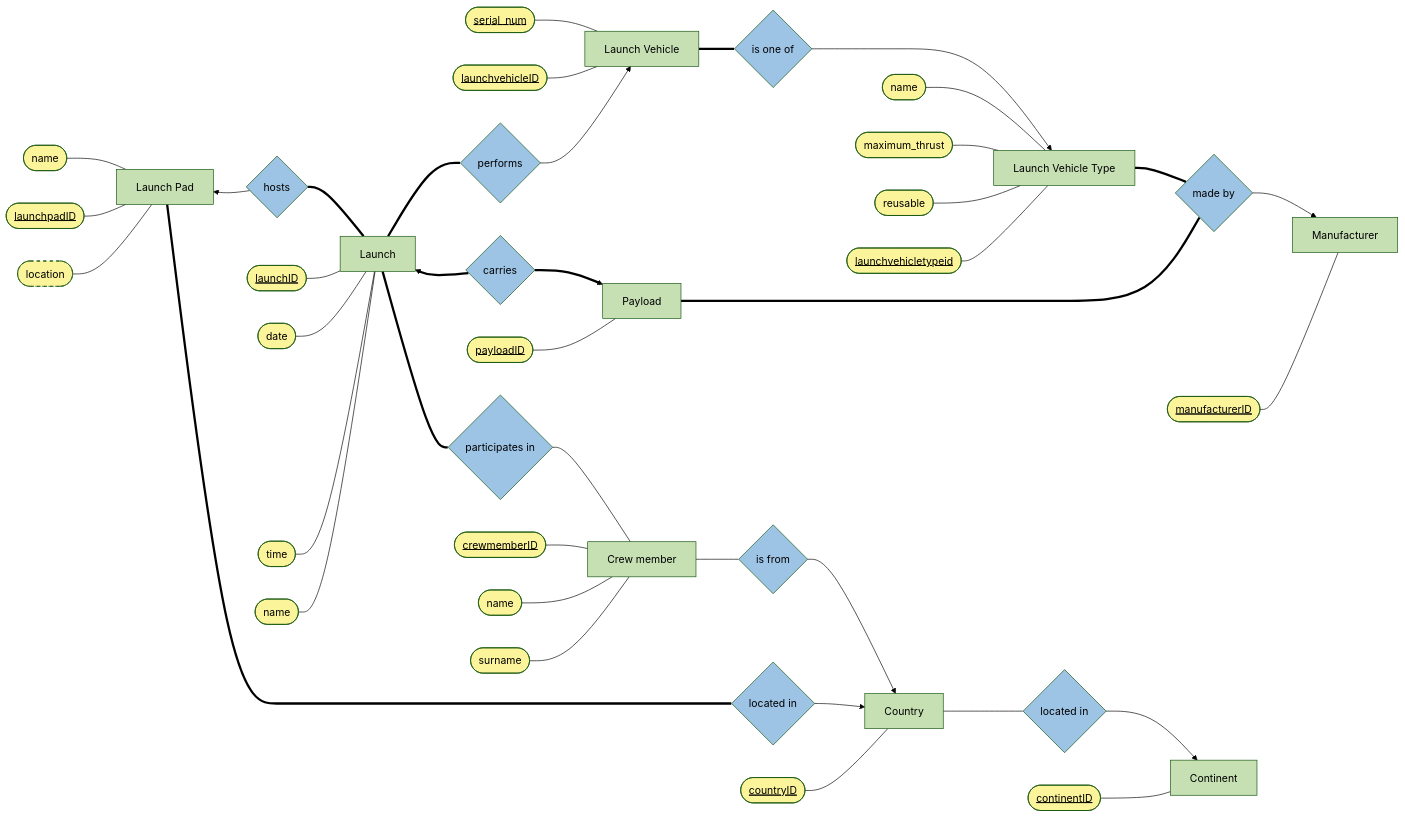
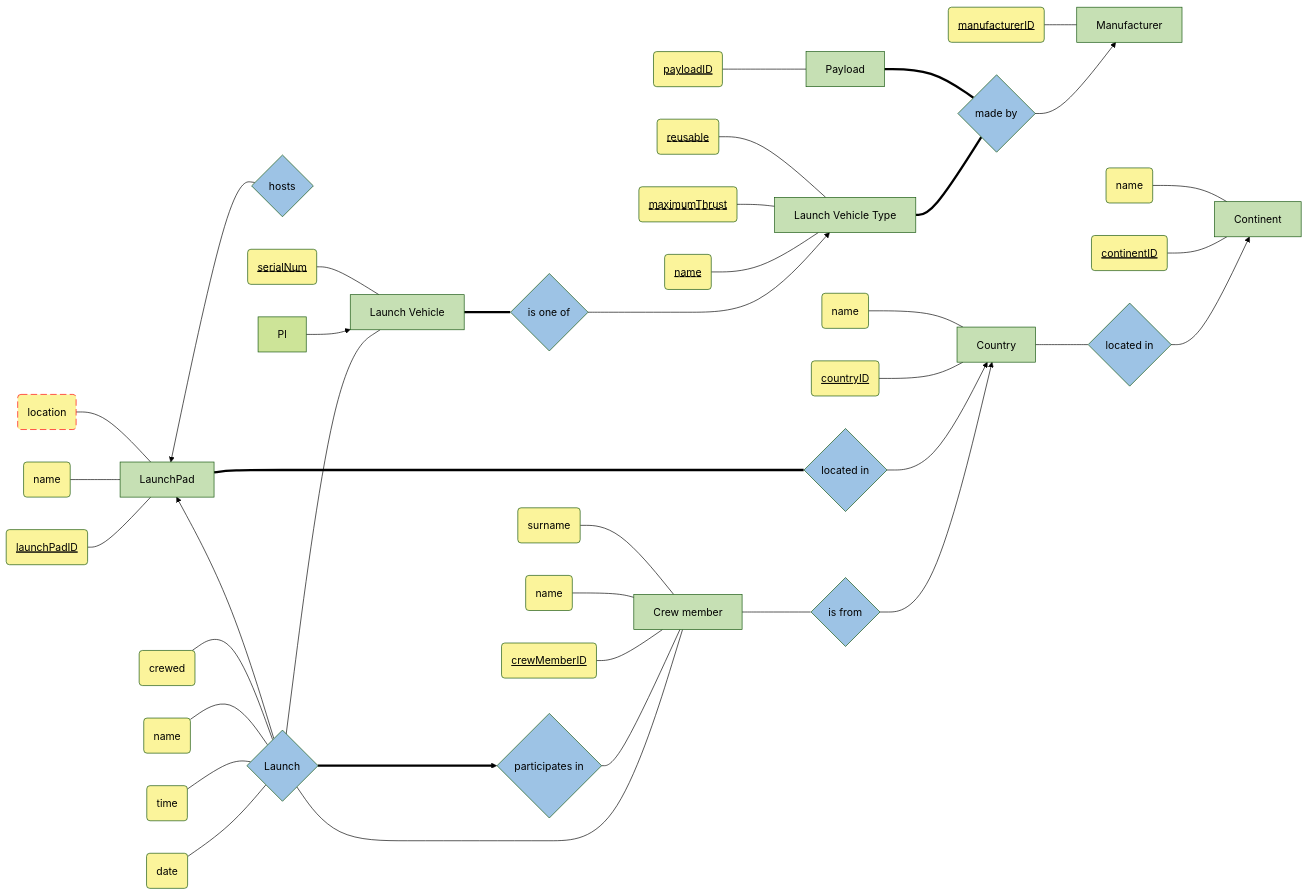
Before and after one commit to andrew-chang-dewitt/cs_425-hw_1_4: the diagram in src/erd.mmd, drawn with Mermaid (forest theme). The commit also changed 3 other files, not shown here.

```diff
--- a/src/erd.mmd
+++ b/src/erd.mmd
@@ -1,101 +1,103 @@
 graph LR
     %% ===
     %% LAUNCHPAD
     %% ---
     %% Rule: A launchpad hosts multiple launches over time, and each launch is hosted by exactly one launchpad. Therefore, Launchpads will be created in the database even before the first launch is hosted there.
-    LP[Launch Pad]:::entity ~~~ H{hosts}:::weakRelation --> LP
+    LP[LaunchPad]:::entity ~~~ H{hosts}:::weakRelation --> LP
     H ~~~ LP
     %% Rule: A launchpad is located in a country, and a country, in turn, is located on a continent.
     LP === Lli{located in}:::relation
     %% Rule: Each launchpad has a name and a location.
-    lpn([name]):::attr --- LP
-    lpid([launchpadID]):::pk --- LP
-    lplo([location]):::attr --- LP
-    style lplo stroke-dasharray: 5 5
+    lpid(launchPadID):::pk --- LP
+    lpn(name):::attr --- LP
+    lplo(location):::derAttr --- LP
+
     %% ===
     %% LAUNCH
     %% ---
     %% Rule: A launch requires a launchpad that hosts it, a launch vehicle (the rocket), and the payload.
-    H === L[Launch]:::weakEntity
-    L === Pa
+    LP ~~~ L{Launch}:::relation --> LP
+    L ~~~ LP
+    L ===> Pa
     %% Rule: Each launch is performed by a launch vehicle. The serial number for the launch vehicle should be recorded. A launch vehicle can perform multiple launches over time.
-    L === Pl{performs}:::relation
+    L --- LV
     %% Rule: For a launch, the date, time and name should be recorded as well as whether it is a crewed launch or not.
-    L ~~~ Cp{carries}:::relation ==> L
-    Cp ~~~ L
-    lid([launchID]):::pk --- L
-    ld([date]):::attr --- L
-    lt([time]):::attr --- L
-    ln([name]):::attr --- L
+    L --- C
+    ld(date):::attr --- L
+    lt(time):::attr --- L
+    ln(name):::attr --- L
+    lc(crewed):::attr --- L
 
     %% ===
     %% LAUNCH VEHICLE
     %% ---
-    lvsn([serial_num]):::disc --- LV
-    lvid([launchvehicleID]):::pk --- LV
     Pl --> LV[Launch Vehicle]:::weakEntity
     LV === Isa{is one of}:::weakRelation
+    lvsn(serialNum):::disc --- LV
 
     %% ===
     %% LAUNCH VEHICLE TYPE
     %% ---
     %% Rule: A specific manufacturer makes each launch vehicle type, and a manufacturer can make many different launch vehicle types.
-    LVT[Launch Vehicle Type]:::entity === Mb{made by}:::relation
+    LVT[Launch Vehicle Type]:::entity === Mb{made by}:::weakRelation
     %% Rule: Each launch vehicle is of a specific launch vehicle type. The name, maximum thrust and whether it is reusable need to be recorded for the launch vehicle type.
     Isa ---> LVT
-    lvtn([name]):::attr --- LVT
-    lvtt([maximum_thrust]):::attr --- LVT
-    lvtr([reusable]):::attr --- LVT
-    lvtid([launchvehicletypeid]):::pk --- LVT
+    lvtn(name):::disc --- LVT
+    lvtt(maximumThrust):::disc --- LVT
+    lvtr(reusable):::disc --- LVT
+
     %% ===
     %% PAYLOAD
     %% ---
     %% Rule: Each launch carries one payload, and a payload is only carried by one launch.
     %% Rule: A manufacturer also makes each payload, and a manufacturer can make many different payloads over time.
-    Cp ==> P[Payload]:::entity
-    P === Mb
-    plid([payloadID]):::pk --- P
+    P[Payload]:::entity === Mb
+    plid(payloadID):::pk --- P
 
     %% ===
     %% Manufacturer
     %% ---
     %% Rule: A manufacturer also makes each payload, and a manufacturer can make many different payloads over time.
     %% Rule: A specific manufacturer makes each launch vehicle type, and a manufacturer can make many different launch vehicle types.
     Mb --> M[Manufacturer]:::entity
-    mid([manufacturerID]):::pk --- M
+    mid(manufacturerID):::pk --- M
+
     %% ===
     %% CREW
     %% ---
     %% Rule: Multiple crew members can be carried on a crewed launch, and each crew member can be carried on multiple launches over time.
     %% Rule: Each crew member has a nationality (the country they come from), and their name and surname also need to be recorded.
     %% Rule: Crew members can appear in the database before they launch for the first time
     Pa{participates in}:::relation --- C[Crew member]:::entity
     C --- If{is from}:::relation
-    cid([crewmemberID]):::pk --- C
-    cn([name]):::attr --- C
-    cs([surname]):::attr --- C
+    cid(crewMemberID):::pk --- C
+    cn(name):::attr --- C
+    cs(surname):::attr --- C
 
     %% ===
     %% COUNTRY
     %% ---
     %% Rule: Each crew member has a nationality (the country they come from), and their name and surname also need to be recorded.
     If --> Cu
     %% Rule: A launchpad is located in a country, and a country, in turn, is located on a continent.
     Lli --> Cu
     Cu[Country]:::entity --- Li{located in}:::relation
     Li --> Co[Continent]:::entity
-    cuid([countryID]):::pk --- Cu
-    coid([continentID]):::pk --- Co
+    cuid(countryID):::pk --- Cu
+    cun(name):::attr --- Cu
+    coid(continentID):::pk --- Co
+    con(name):::attr --- Co
+
     %% ===
     %% STYLES
     %% ---
     classDef entity,weakEntity fill:#c6e0b4;
     classDef relation,weakRelation fill:#9dc3e5;
     classDef attr,subAttr,derAttr,pk,disc fill:#fbf49b;
     classDef subAttr,derAttr stroke:red;
     classDef derAttr stroke-dasharray: 10 5;
     classDef pk text-decoration: underline;
     classDef disc text-decoration: underline dashed;
     %% optional attr links
     %% FIXME: change numbers to correct links below & uncomment
     %% linkStyle 1,4,26,39,45,51,65 stroke:red, stroke-dasharray: 10 5;
```
